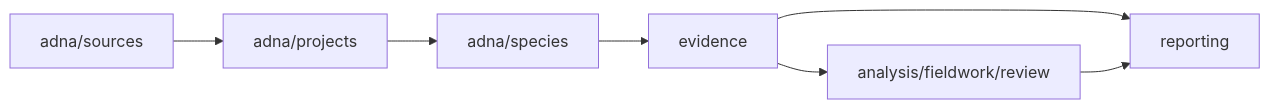
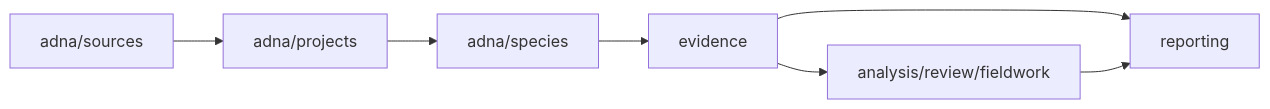
One commit to bijux/bijux-pollenomics changed the second of 3 diagrams in docs/public/pollenomics/architecture/module-map.md. Above: the diagram before and after it, drawn with Mermaid. The commit also changed other lines of this file and 31 other files, not shown here.

Commit message:
refactor(analysis): establish fieldwork review boundary

````diff
--- a/docs/public/pollenomics/architecture/module-map.md
+++ b/docs/public/pollenomics/architecture/module-map.md
@@ -121,9 +121,9 @@
 ```mermaid
 flowchart LR
     Sources["adna/sources"] --> Projects["adna/projects"]
     Projects --> Species["adna/species"]
     Species --> Fitness["evidence"]
-    Fitness --> Review["analysis/fieldwork/review"]
+    Fitness --> Review["analysis/review/fieldwork"]
     Fitness --> Reports["reporting"]
     Review --> Reports
 ```
````
